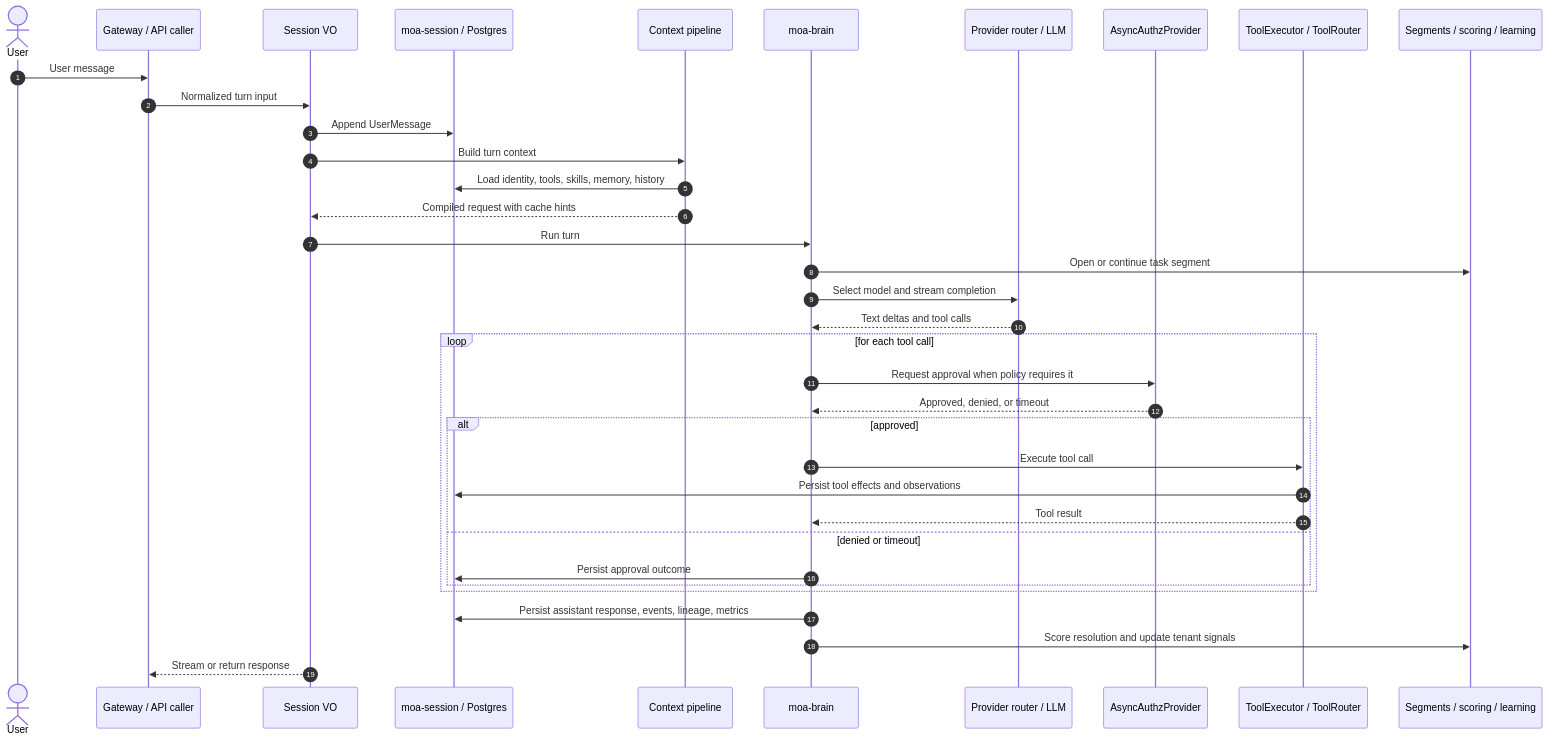
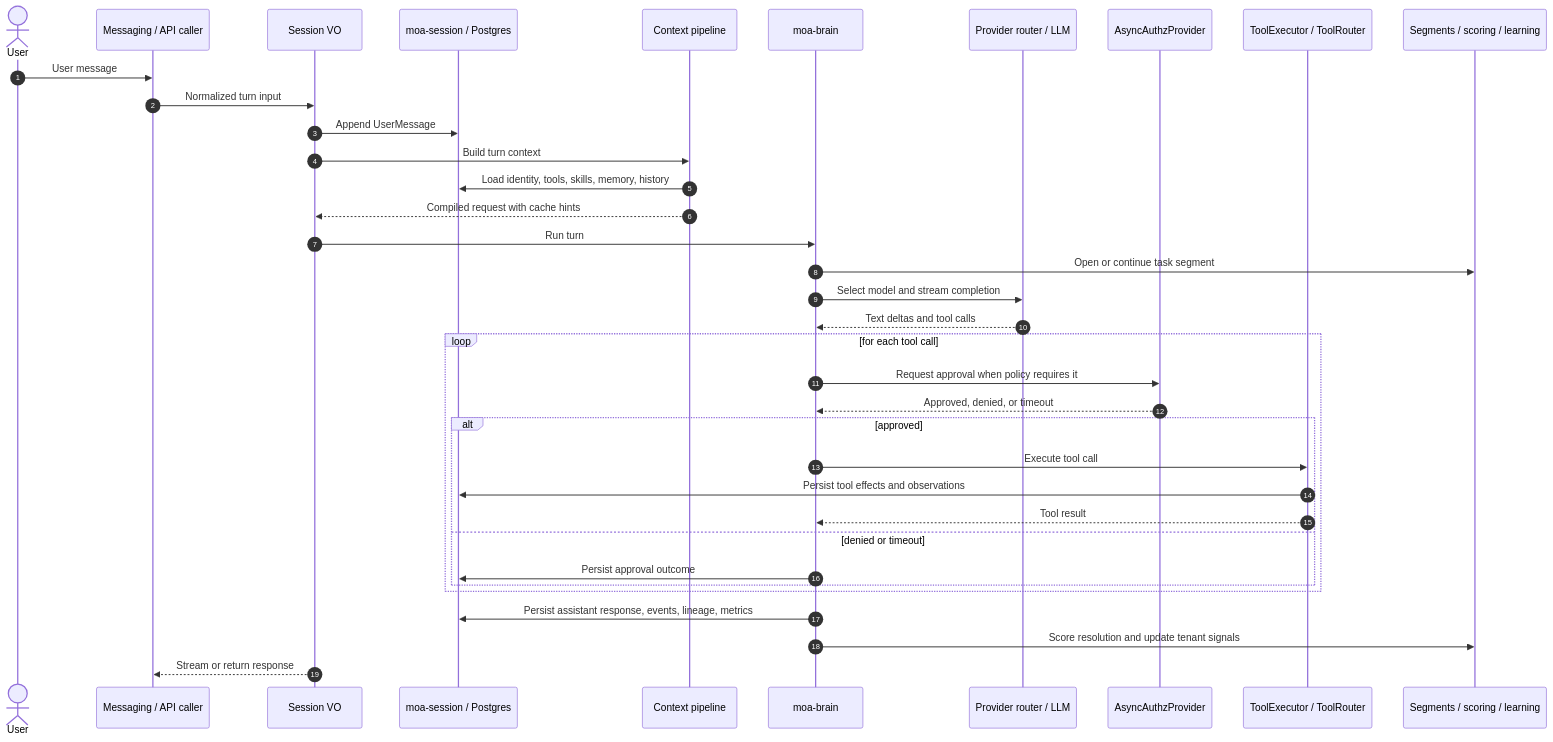
The second of 2 diagrams in architecture.md (hwuiwon/moa), drawn with Mermaid before and after one commit. The commit also changed other lines of this file and 69 other files, not shown here.

````diff
--- a/architecture.md
+++ b/architecture.md
@@ -215,41 +215,41 @@
 ```mermaid
 sequenceDiagram
     autonumber
     actor User
-    participant Client as Gateway / API caller
+    participant Client as Messaging / API caller
     participant Session as Session VO
     participant Store as moa-session / Postgres
     participant Pipeline as Context pipeline
     participant Brain as moa-brain
     participant LLM as Provider router / LLM
     participant Approval as AsyncAuthzProvider
     participant Tools as ToolExecutor / ToolRouter
     participant Learning as Segments / scoring / learning
 
     User->>Client: User message
     Client->>Session: Normalized turn input
     Session->>Store: Append UserMessage
     Session->>Pipeline: Build turn context
     Pipeline->>Store: Load identity, tools, skills, memory, history
     Pipeline-->>Session: Compiled request with cache hints
     Session->>Brain: Run turn
     Brain->>Learning: Open or continue task segment
     Brain->>LLM: Select model and stream completion
     LLM-->>Brain: Text deltas and tool calls
 
     loop for each tool call
         Brain->>Approval: Request approval when policy requires it
         Approval-->>Brain: Approved, denied, or timeout
         alt approved
             Brain->>Tools: Execute tool call
             Tools->>Store: Persist tool effects and observations
             Tools-->>Brain: Tool result
         else denied or timeout
             Brain->>Store: Persist approval outcome
         end
     end
 
     Brain->>Store: Persist assistant response, events, lineage, metrics
     Brain->>Learning: Score resolution and update tenant signals
     Session-->>Client: Stream or return response
 ```
````
